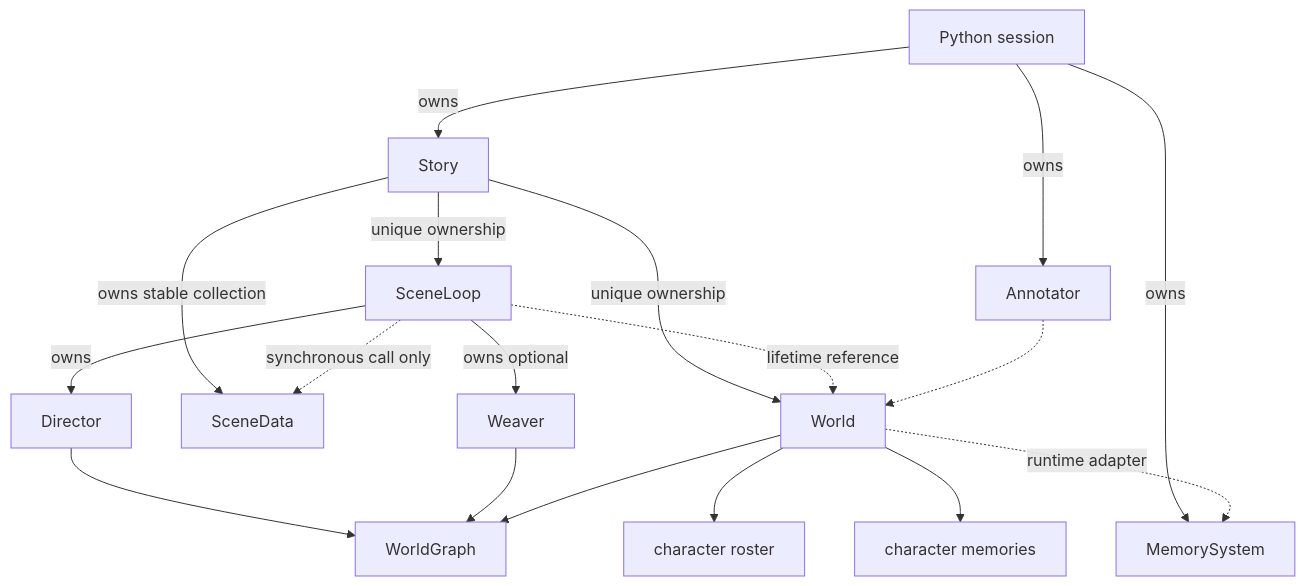
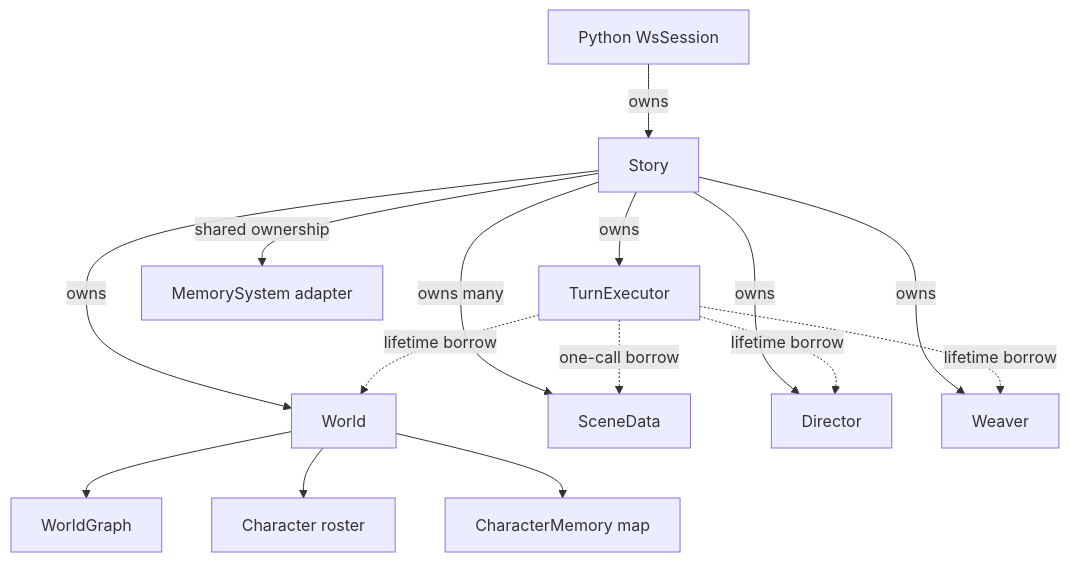
The diagram in wiki/architecture/cpp-data-model.md (JiangWZW/Rhapsode), drawn with Mermaid before and after one commit. The commit also changed other lines of this file and 6 other files, not shown here.

Commit message:
document decoupled runtime architecture

````diff
--- a/wiki/architecture/cpp-data-model.md
+++ b/wiki/architecture/cpp-data-model.md
@@ -31,23 +30,17 @@
 ```mermaid
 flowchart TD
-    Session["Python session"] -->|"owns"| Story
-    Session -->|"owns"| Memory["MemorySystem"]
-    Session -->|"owns"| Annotator
-
-    Story -->|"unique ownership"| World
-    Story -->|"owns stable collection"| Scenes["SceneData"]
-    Story -->|"unique ownership"| Loop["SceneLoop"]
-
-    Loop -.->|"lifetime reference"| World
-    Loop -.->|"synchronous call only"| Scenes
-    Loop -->|"owns"| Director
-    Loop -->|"owns optional"| Weaver
-
-    Director --> Graph["WorldGraph"]
-    Weaver --> Graph
-    World --> Graph
-    World --> Roster["character roster"]
-    World --> Minds["character memories"]
-    World -.->|"runtime adapter"| Memory
-    Annotator -.-> World
+    Session["Python WsSession"] -->|owns| Story
+    Story -->|owns| World
+    Story -->|owns many| SceneData
+    Story -->|owns| Director
+    Story -->|owns| Weaver
+    Story -->|owns| Executor["TurnExecutor"]
+    Story -->|shared ownership| Memory["MemorySystem adapter"]
+    Executor -.->|lifetime borrow| World
+    Executor -.->|lifetime borrow| Director
+    Executor -.->|lifetime borrow| Weaver
+    Executor -.->|one-call borrow| SceneData
+    World --> Graph["WorldGraph"]
+    World --> Roster["Character roster"]
+    World --> Minds["CharacterMemory map"]
 ```
````
